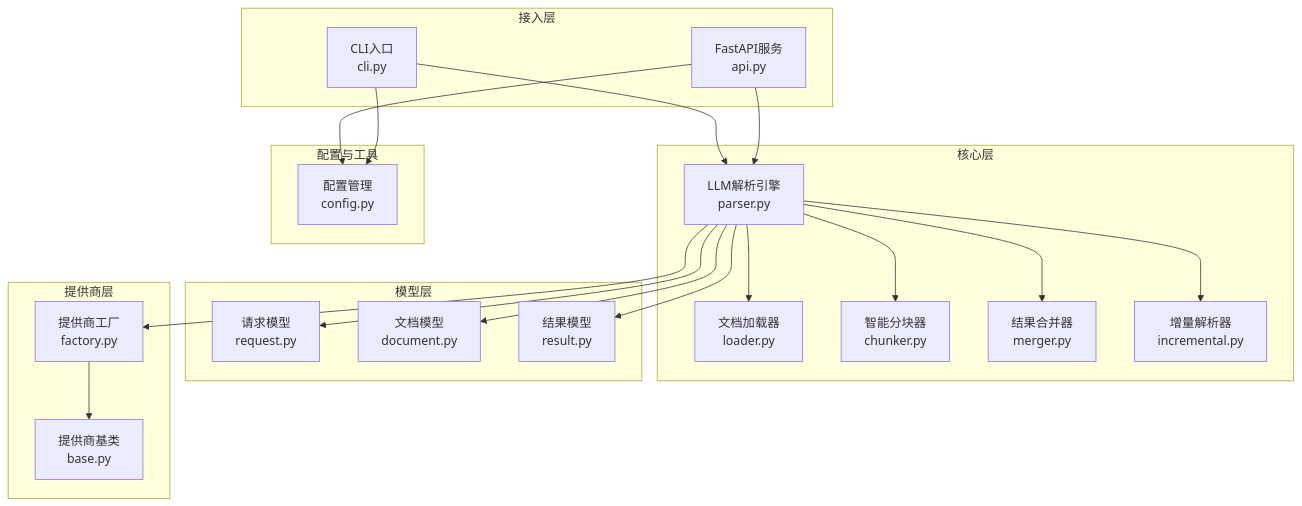
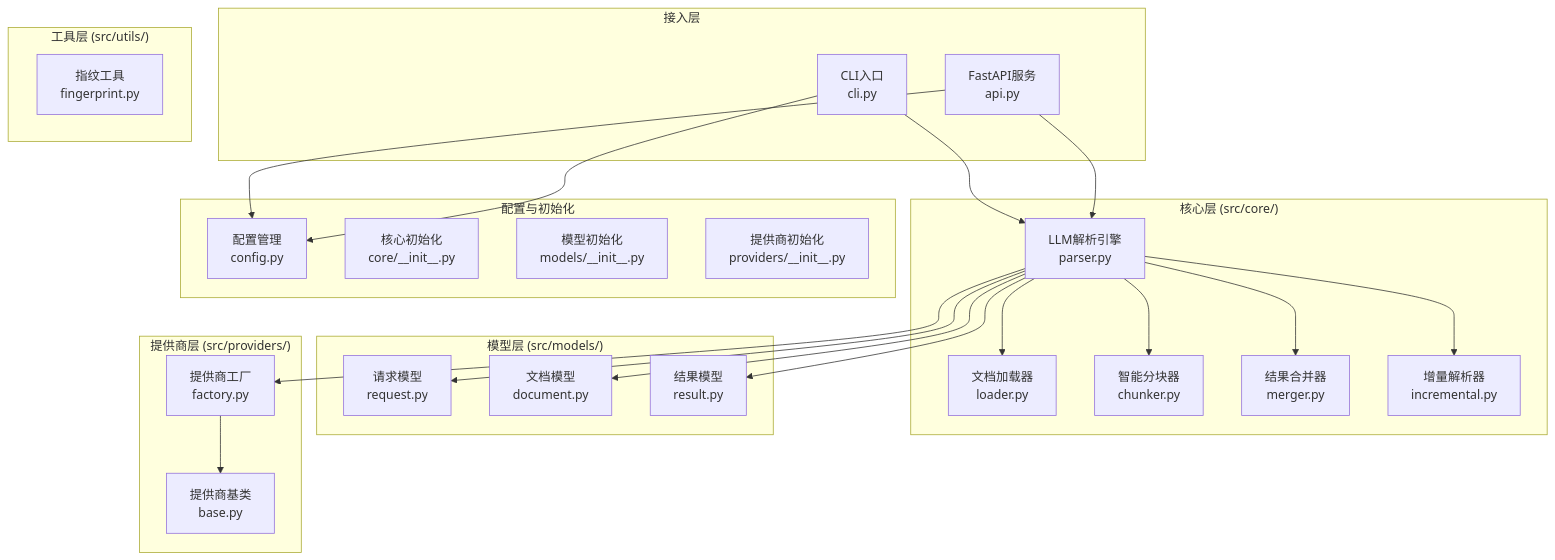
The first of 8 diagrams in .qoder/repowiki/zh/content/架构设计/架构设计.md (wowzhangji/doc_ai_parser), drawn with Mermaid before and after one commit. The commit also changed other lines of this file and 25 other files, not shown here.

````diff
--- a/.qoder/repowiki/zh/content/架构设计/架构设计.md
+++ b/.qoder/repowiki/zh/content/架构设计/架构设计.md
@@ -46,39 +51,45 @@
 ```mermaid
 graph TB
 subgraph "接入层"
 CLI["CLI入口<br/>cli.py"]
 API["FastAPI服务<br/>api.py"]
 end
-subgraph "核心层"
+subgraph "核心层 (src/core/)"
 Loader["文档加载器<br/>loader.py"]
 Chunker["智能分块器<br/>chunker.py"]
 Parser["LLM解析引擎<br/>parser.py"]
 Merger["结果合并器<br/>merger.py"]
 Inc["增量解析器<br/>incremental.py"]
 end
-subgraph "模型层"
+subgraph "模型层 (src/models/)"
 ModelsReq["请求模型<br/>request.py"]
 ModelsDoc["文档模型<br/>document.py"]
 ModelsRes["结果模型<br/>result.py"]
 end
-subgraph "提供商层"
+subgraph "提供商层 (src/providers/)"
 ProvBase["提供商基类<br/>base.py"]
 ProvFactory["提供商工厂<br/>factory.py"]
 end
-subgraph "配置与工具"
+subgraph "工具层 (src/utils/)"
+Fingerprint["指纹工具<br/>fingerprint.py"]
+end
+subgraph "配置与初始化"
 Config["配置管理<br/>config.py"]
+InitCore["核心初始化<br/>core/__init__.py"]
+InitModels["模型初始化<br/>models/__init__.py"]
+InitProviders["提供商初始化<br/>providers/__init__.py"]
 end
 CLI --> Parser
 API --> Parser
 Parser --> Loader
 Parser --> Chunker
 Parser --> ProvFactory
 ProvFactory --> ProvBase
 Parser --> Merger
 Parser --> Inc
 Parser --> ModelsReq
 Parser --> ModelsDoc
 Parser --> ModelsRes
 API --> Config
 CLI --> Config
 ```
````
